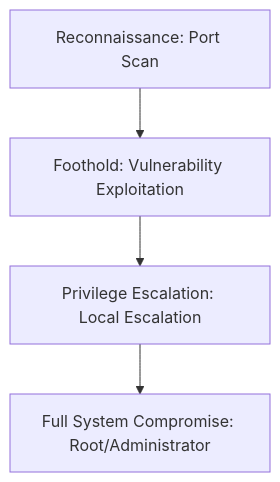
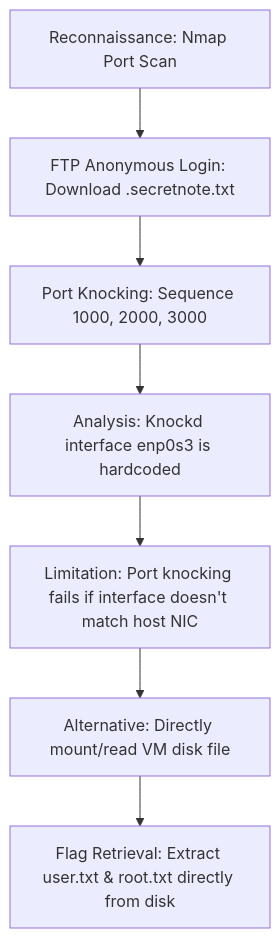
One commit to vulnquest58/vulnquest.github.io changed the diagram in ctf/writeups/hackmyvm/alzheimer.md. Above: the diagram before and after it, drawn with Mermaid. The commit also changed other lines of this file, not shown here.

Commit message:
Docs: Complete HackMyVM Alzheimer machine writeup detailing knockd hardcoded adapter issue

````diff
--- a/ctf/writeups/hackmyvm/alzheimer.md
+++ b/ctf/writeups/hackmyvm/alzheimer.md
@@ -49,6 +50,9 @@
 ```mermaid
 graph TD
-    A["Reconnaissance: Port Scan"] --> B["Foothold: Vulnerability Exploitation"]
-    B --> C["Privilege Escalation: Local Escalation"]
-    C --> D["Full System Compromise: Root/Administrator"]
+    A["Reconnaissance: Nmap Port Scan"] --> B["FTP Anonymous Login: Download .secretnote.txt"]
+    B --> C["Port Knocking: Sequence 1000, 2000, 3000"]
+    C --> D["Analysis: Knockd interface enp0s3 is hardcoded"]
+    D --> E["Limitation: Port knocking fails if interface doesn't match host NIC"]
+    E --> F["Alternative: Directly mount/read VM disk file"]
+    F --> G["Flag Retrieval: Extract user.txt & root.txt directly from disk"]
 ```
````
